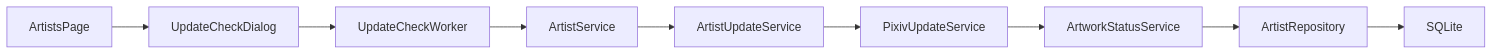
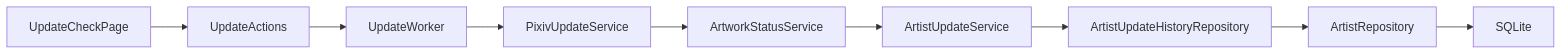
The ninth of 14 diagrams in docs/07_ARCHITECTURE.md (PKT0623/PixivLocalManager), drawn with Mermaid before and after one commit. The commit also changed other lines of this file and 10 other files, not shown here.

````diff
--- a/docs/07_ARCHITECTURE.md
+++ b/docs/07_ARCHITECTURE.md
@@ -397,13 +371,13 @@
-```mermaid id="crnfgn"
+```mermaid
 flowchart LR
 
-ArtistsPage
---> UpdateCheckDialog
---> UpdateCheckWorker
---> ArtistService
---> ArtistUpdateService
+UpdateCheckPage
+--> UpdateActions
+--> UpdateWorker
 --> PixivUpdateService
 --> ArtworkStatusService
+--> ArtistUpdateService
+--> ArtistUpdateHistoryRepository
 --> ArtistRepository
 --> SQLite
 ```
````
